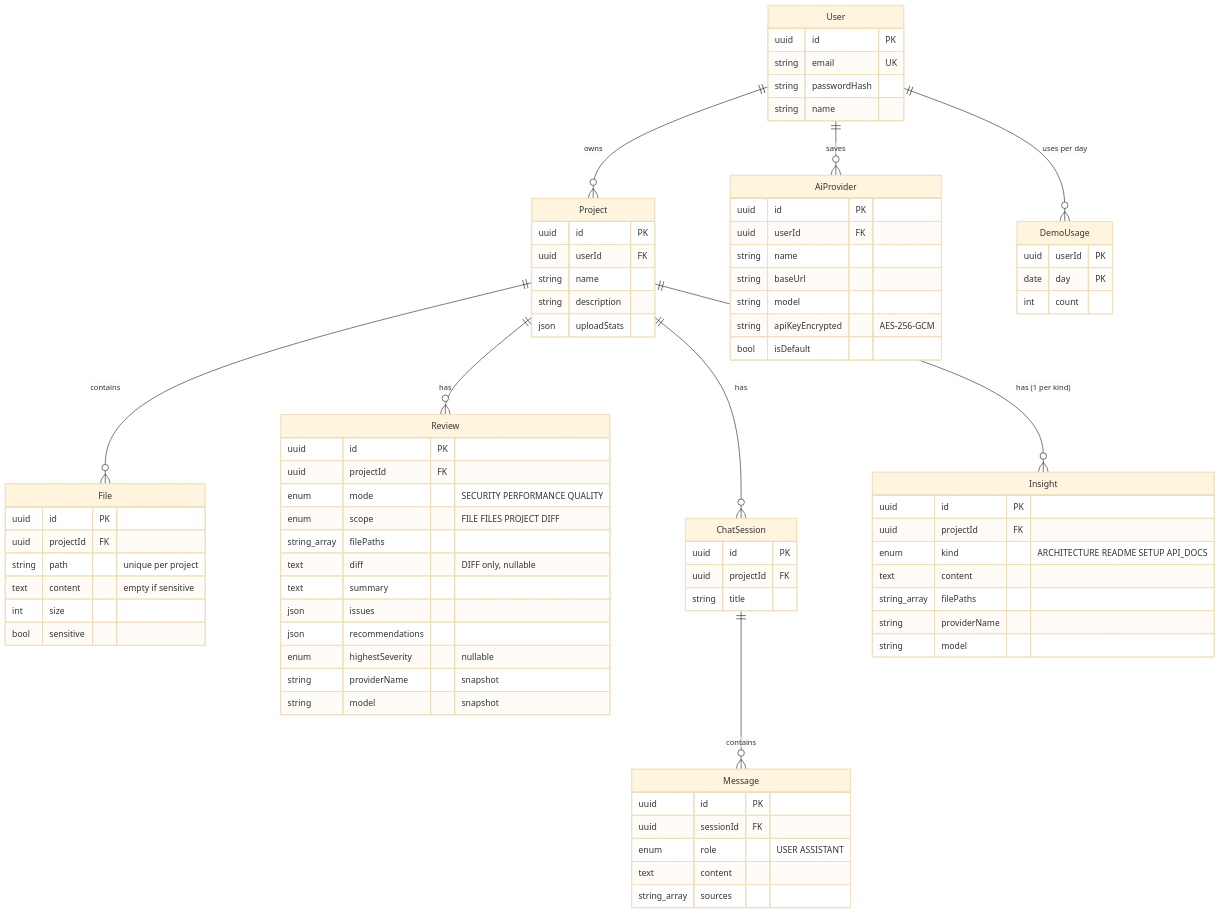
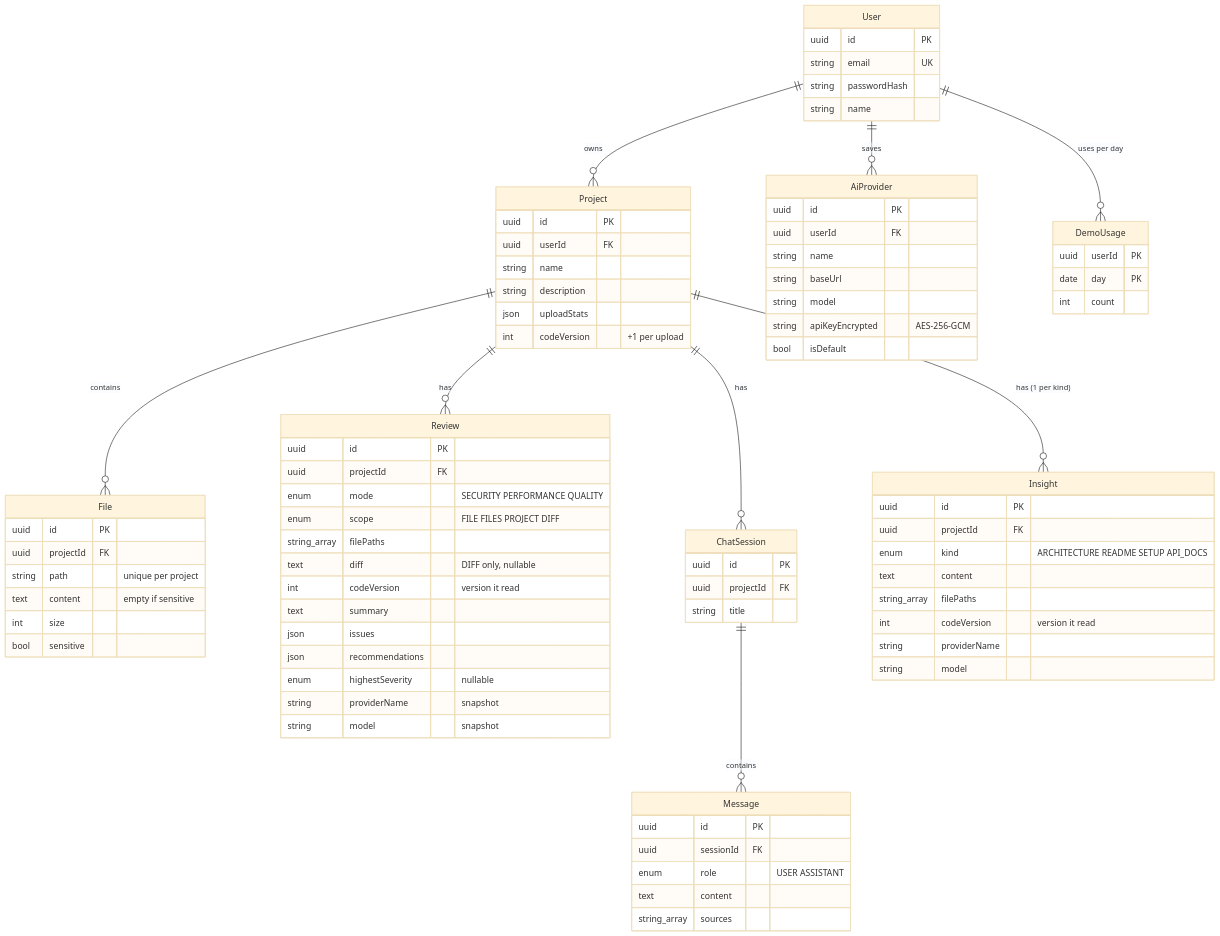
The fourth of 7 diagrams in ARCHITECTURE.md (ashrafjr-n/AI-Powered-Code-Review-Assistant), drawn with Mermaid (base theme) before and after one commit. The commit also changed other lines of this file and 1 other file, not shown here.

Commit message:
docs for code versions and the demo budget V6.0

```diff
--- a/ARCHITECTURE.md
+++ b/ARCHITECTURE.md
@@ -167,6 +167,7 @@
     string name
     string description
     json uploadStats
+    int codeVersion "+1 per upload"
   }
   File {
     uuid id PK
@@ -183,6 +184,7 @@
     enum scope "FILE FILES PROJECT DIFF"
     string_array filePaths
     text diff "DIFF only, nullable"
+    int codeVersion "version it read"
     text summary
     json issues
     json recommendations
@@ -217,6 +219,7 @@
     enum kind "ARCHITECTURE README SETUP API_DOCS"
     text content
     string_array filePaths
+    int codeVersion "version it read"
     string providerName
     string model
   }
```
